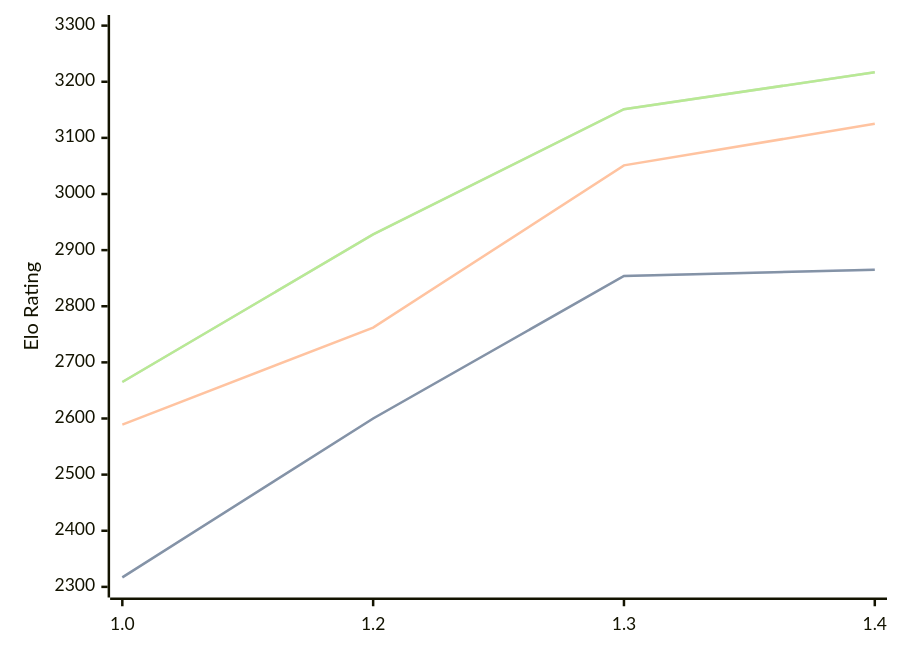
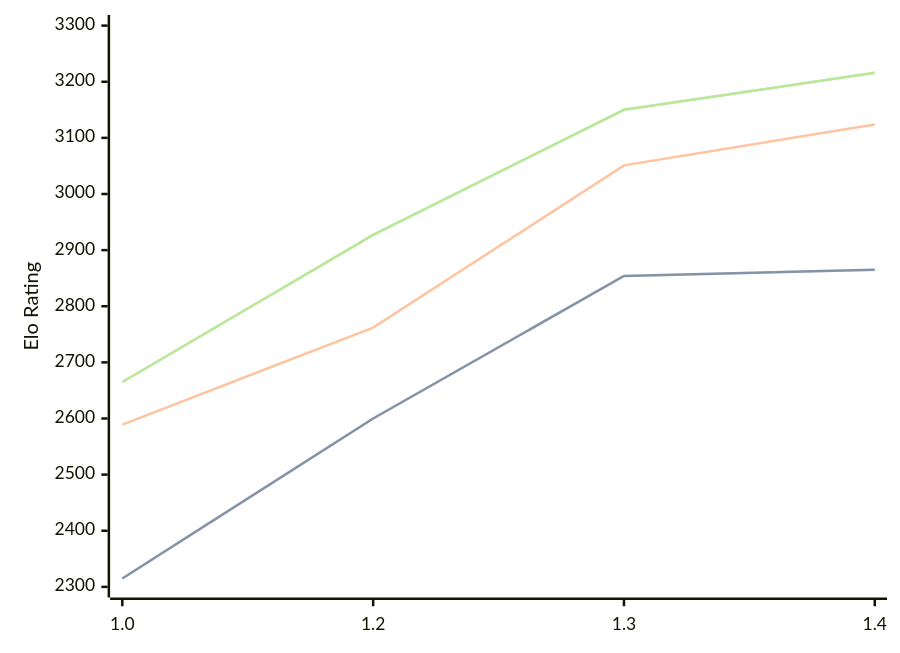
One commit to computer-chess-index/cci changed the third of 3 diagrams in engines/Chessnix.md. Above: the diagram before and after it, drawn with Mermaid. The commit also changed other lines of this file, not shown here.

Commit message:
Update CCI Ratings (ELO VLTC) - 2026-06-19

````diff
--- a/engines/Chessnix.md
+++ b/engines/Chessnix.md
@@ -69,11 +69,11 @@
 ```mermaid
 %%{init: {"theme":"base","themeVariables":{"seriesColors:['#a3a3a3','#222221','#faa371']}}}%%
 xychart-beta
   x-axis ["1.0", "1.2", "1.3", "1.4"]
   y-axis "Elo Rating" 2300 --> 3300
-  line "STC (8.0+0.08s)" [2317, 2600, 2854, 2865]
-  line "STC (8.0+0.08s)" [2317, 2600, 2854, 2865]
-  line "LTC (60.0+0.60s)" [2589, 2762, 3051, 3125]
-  line "VLTC (2m24s+1.12s)" [2665, 2928, 3151, 3217]
-  line "VLTC (2m24s+1.12s)" [2665, 2928, 3151, 3217]
+  line "STC (8.0+0.08s)" [2315, 2600, 2854, 2865]
+  line "STC (8.0+0.08s)" [2315, 2600, 2854, 2865]
+  line "LTC (60.0+0.60s)" [2589, 2762, 3051, 3124]
+  line "VLTC (2m24s+1.12s)" [2665, 2927, 3150, 3216]
+  line "VLTC (2m24s+1.12s)" [2665, 2927, 3150, 3216]
 ```
````
